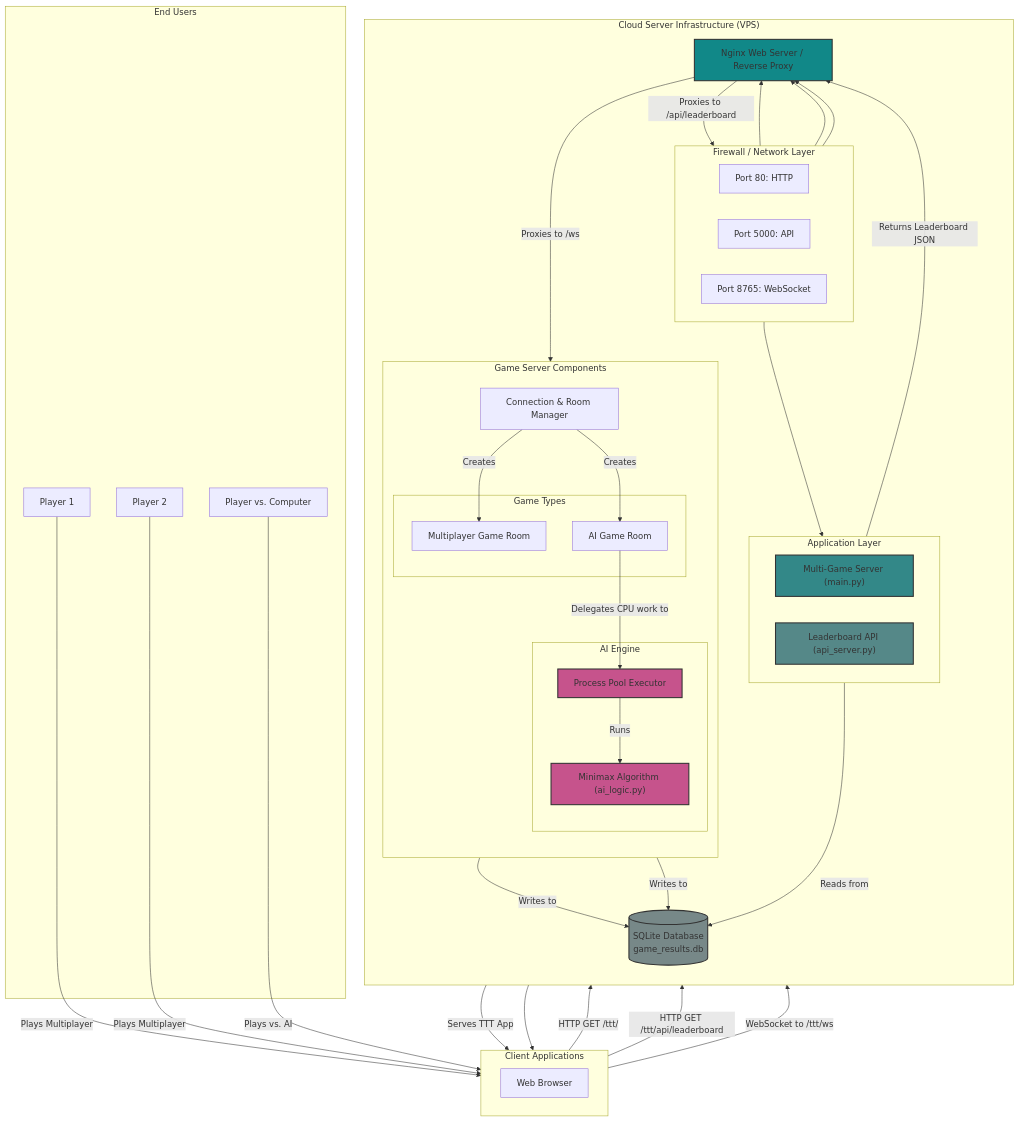
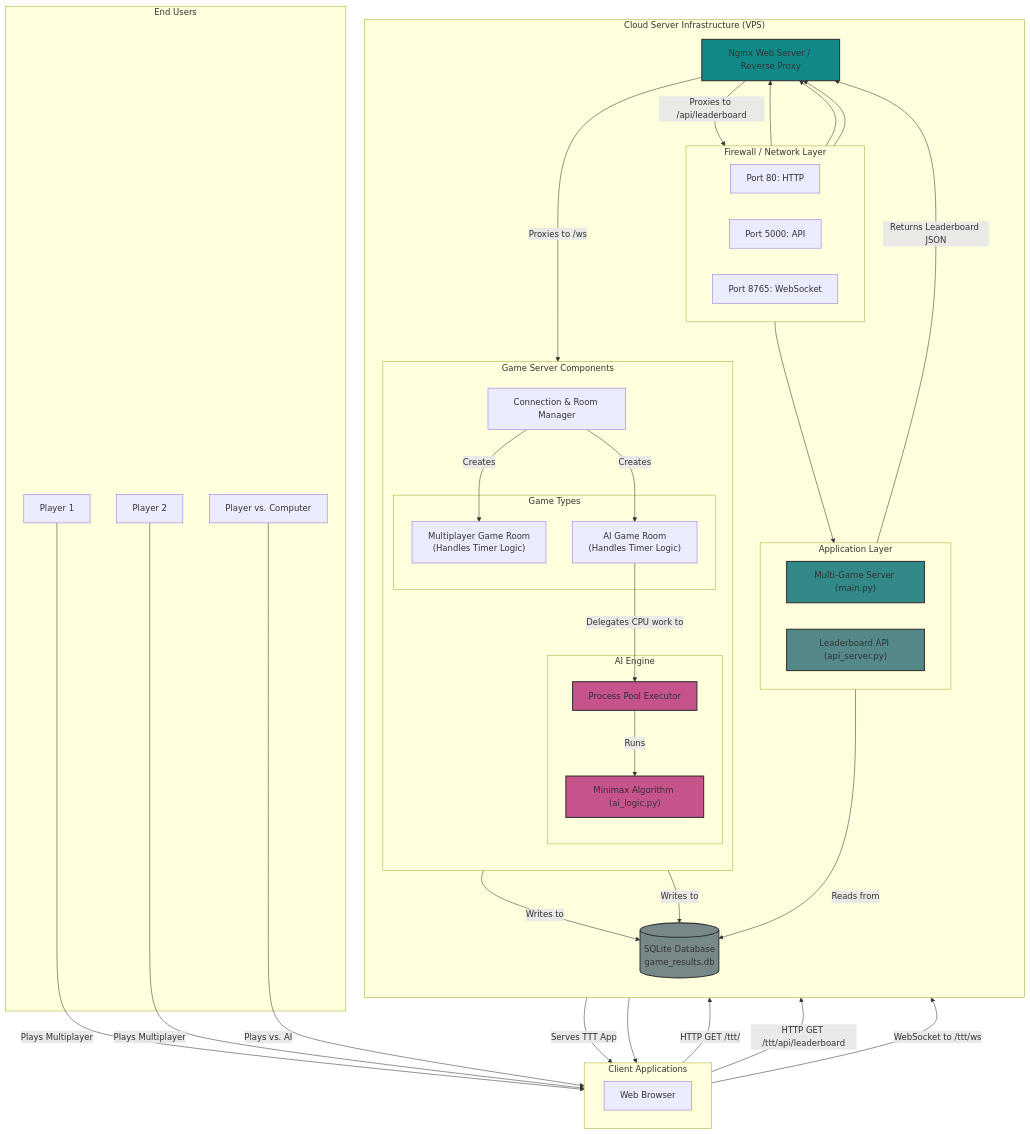
Before and after one commit to paragpachpute/multiplayer-tic-tac-to: the diagram in docs/system_architecture.md, drawn with Mermaid. The commit also changed 3 other files, not shown here.

Commit message:
docs: Update diagrams for game timer and remove design doc

````diff
--- a/docs/system_architecture.md
+++ b/docs/system_architecture.md
@@ -1,80 +1,80 @@
 ```mermaid
 graph TD
     subgraph "End Users"
         UserA[Player 1]
         UserB[Player 2]
         UserC["Player vs. Computer"]
     end
 
     subgraph "Client Applications"
         direction LR
         Browser[Web Browser]
     end
 
     subgraph "Cloud Server Infrastructure (VPS)"
         direction TB
 
         subgraph "Firewall / Network Layer"
             direction LR
             Port80[Port 80: HTTP]
             Port5000[Port 5000: API]
             Port8765[Port 8765: WebSocket]
         end
         
         Nginx[Nginx Web Server / Reverse Proxy]
 
         subgraph "Application Layer"
             direction LR
             GameServer["Multi-Game Server (main.py)"]
             APIServer["Leaderboard API (api_server.py)"]
         end
 
         subgraph "Game Server Components"
             direction TB
             RoomManager["Connection & Room Manager"]
             subgraph "Game Types"
-                GameRoom["Multiplayer Game Room"]
-                AIGameRoom["AI Game Room"]
+                GameRoom["Multiplayer Game Room<br>(Handles Timer Logic)"]
+                AIGameRoom["AI Game Room<br>(Handles Timer Logic)"]
             end
             subgraph "AI Engine"
                 ProcessPool["Process Pool Executor"]
                 Minimax["Minimax Algorithm (ai_logic.py)"]
             end
         end
 
         Database[(SQLite Database<br>game_results.db)]
     end
     
     UserA -- "Plays Multiplayer" --> Browser
     UserB -- "Plays Multiplayer" --> Browser
     UserC -- "Plays vs. AI" --> Browser
 
     %% Data Flows
     Browser -- "HTTP GET /ttt/" --> Port80 --> Nginx
     Nginx -- "Serves TTT App" --> Browser
 
     Browser -- "HTTP GET /ttt/api/leaderboard" --> Port80 --> Nginx
     Nginx -- "Proxies to /api/leaderboard" --> Port5000 --> APIServer
     APIServer -- "Reads from" --> Database
     APIServer -- "Returns Leaderboard JSON" --> Nginx --> Browser
 
     Browser -- "WebSocket to /ttt/ws" --> Port80 --> Nginx
     Nginx -- "Proxies to /ws" --> RoomManager
     
     RoomManager -- "Creates" --> GameRoom
     RoomManager -- "Creates" --> AIGameRoom
     
     AIGameRoom -- "Delegates CPU work to" --> ProcessPool
     ProcessPool -- "Runs" --> Minimax
     
     GameRoom -- "Writes to" --> Database
     AIGameRoom -- "Writes to" --> Database
 
     %% Styling
     style Nginx fill:#188,stroke:#333,stroke-width:2px
     style GameServer fill:#388,stroke:#333,stroke-width:2px
     style APIServer fill:#588,stroke:#333,stroke-width:2px
     style Database fill:#788,stroke:#333,stroke-width:2px
     style ProcessPool fill:#c6538c,stroke:#333,stroke-width:2px
     style Minimax fill:#c6538c,stroke:#333,stroke-width:2px
 ```
````
